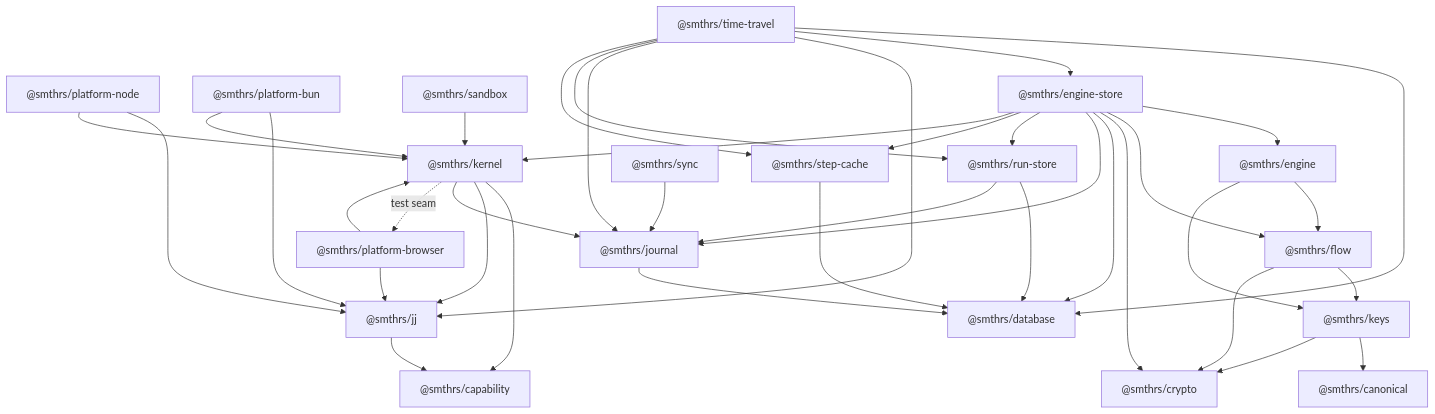
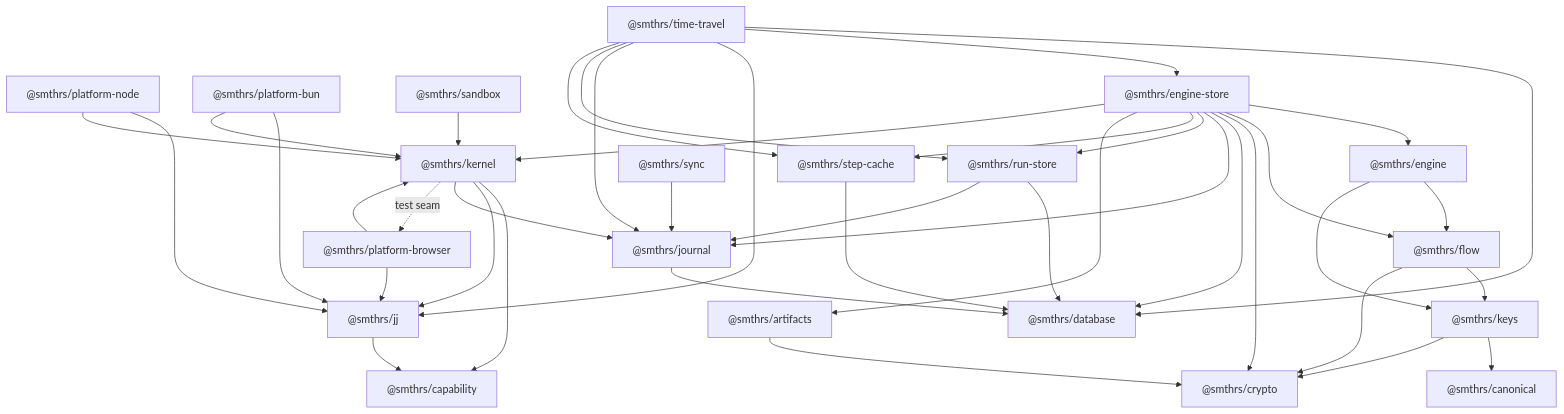
The diagram in docs/architecture/package-map.md (smithersai/flows), drawn with Mermaid before and after one commit. The commit also changed other lines of this file and 8 other files, not shown here.

````diff
--- a/docs/architecture/package-map.md
+++ b/docs/architecture/package-map.md
@@ -7,50 +7,52 @@
 ```mermaid
 flowchart TD
   PN["@smthrs/platform-node"]
   PBUN["@smthrs/platform-bun"]
   JJ["@smthrs/jj"]
   SB["@smthrs/sandbox"]
   PB["@smthrs/platform-browser"]
   D["@smthrs/database"]
   C["@smthrs/canonical"]
   Crypto["@smthrs/crypto"]
   CAP["@smthrs/capability"]
 
   J["@smthrs/journal"] --> D
   RS["@smthrs/run-store"] --> D
   RS --> J
   SC["@smthrs/step-cache"] --> D
+  A["@smthrs/artifacts"] --> Crypto
   PB --> JJ
   PB --> K
   PN --> JJ
   PN --> K
   PBUN --> JJ
   PBUN --> K
   SB --> K
   K["@smthrs/kernel"] --> CAP
   K --> JJ
   K --> J
   K -.test seam.-> PB
   JJ --> CAP
   F["@smthrs/flow"] --> Keys["@smthrs/keys"]
   F --> Crypto
   W["@smthrs/engine"] --> F
   W --> Keys
   Keys --> C
   Keys --> Crypto
   E["@smthrs/engine-store"] --> W
   E --> F
   E --> Crypto
   E --> D
   E --> J
   E --> RS
   E --> SC
+  E --> A
   E --> K
   S["@smthrs/sync"] --> J
   T["@smthrs/time-travel"] --> D
   T --> E
   T --> JJ
   T --> J
   T --> RS
   T --> SC
 ```
````
